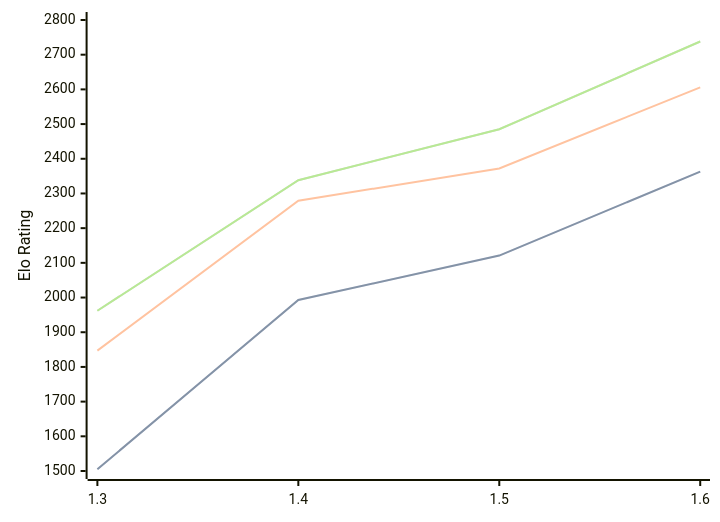
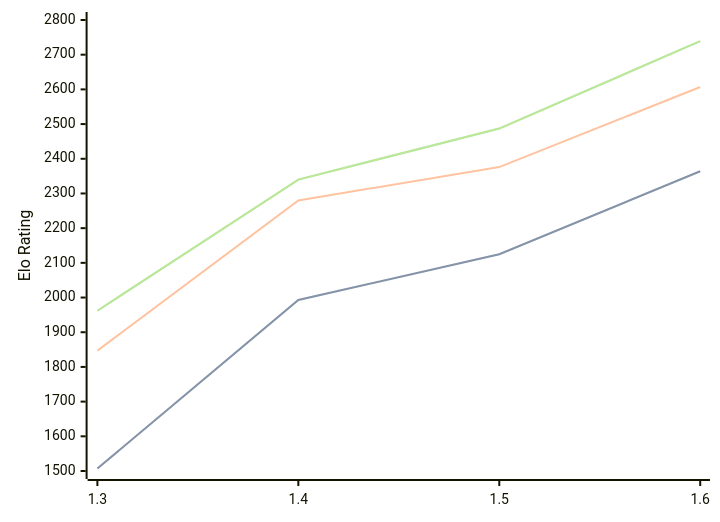
The diagram in engines/Facon.md (computer-chess-index/cci), drawn with Mermaid before and after one commit. The commit also changed other lines of this file, not shown here.

Commit message:
Update CCI Ratings (ELO VLTC) - 2026-08-15

````diff
--- a/engines/Facon.md
+++ b/engines/Facon.md
@@ -35,11 +35,11 @@
 ```mermaid
 %%{init: {"theme":"base","themeVariables":{"seriesColors:['#a3a3a3','#222221','#faa371']}}}%%
 xychart-beta
   x-axis ["1.3", "1.4", "1.5", "1.6"]
   y-axis "Elo Rating" 1500 --> 2800
-  line "STC (8.0+0.08s)" [1505, 1993, 2121, 2363]
-  line "STC (8.0+0.08s)" [1505, 1993, 2121, 2363]
-  line "LTC (60.0+0.60s)" [1847, 2279, 2372, 2606]
-  line "VLTC (2m24s+1.12s)" [1962, 2338, 2485, 2738]
-  line "VLTC (2m24s+1.12s)" [1962, 2338, 2485, 2738]
+  line "STC (8.0+0.08s)" [1507, 1993, 2125, 2364]
+  line "STC (8.0+0.08s)" [1507, 1993, 2125, 2364]
+  line "LTC (60.0+0.60s)" [1847, 2280, 2376, 2607]
+  line "VLTC (2m24s+1.12s)" [1962, 2340, 2487, 2739]
+  line "VLTC (2m24s+1.12s)" [1962, 2340, 2487, 2739]
 ```
````
